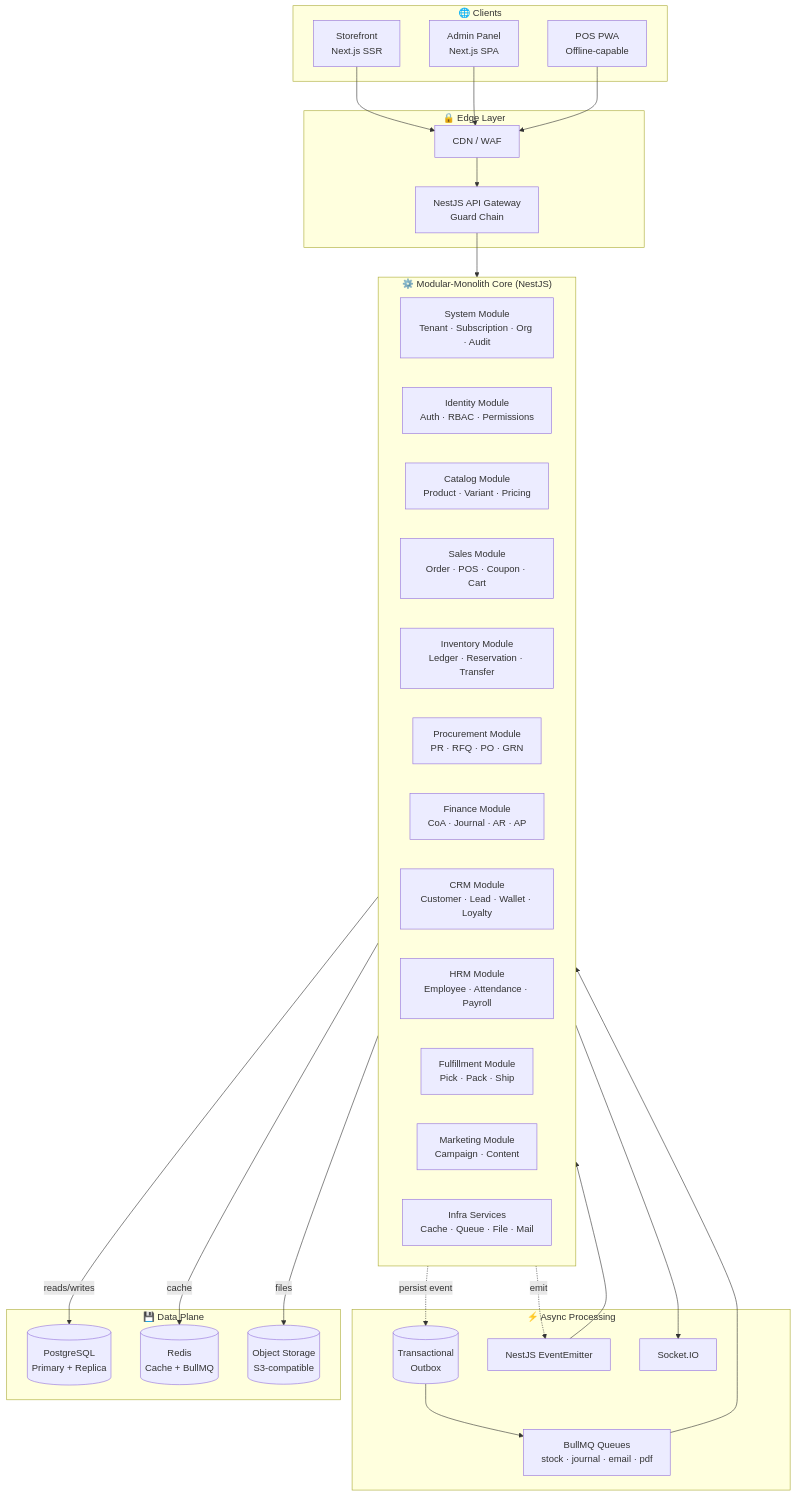
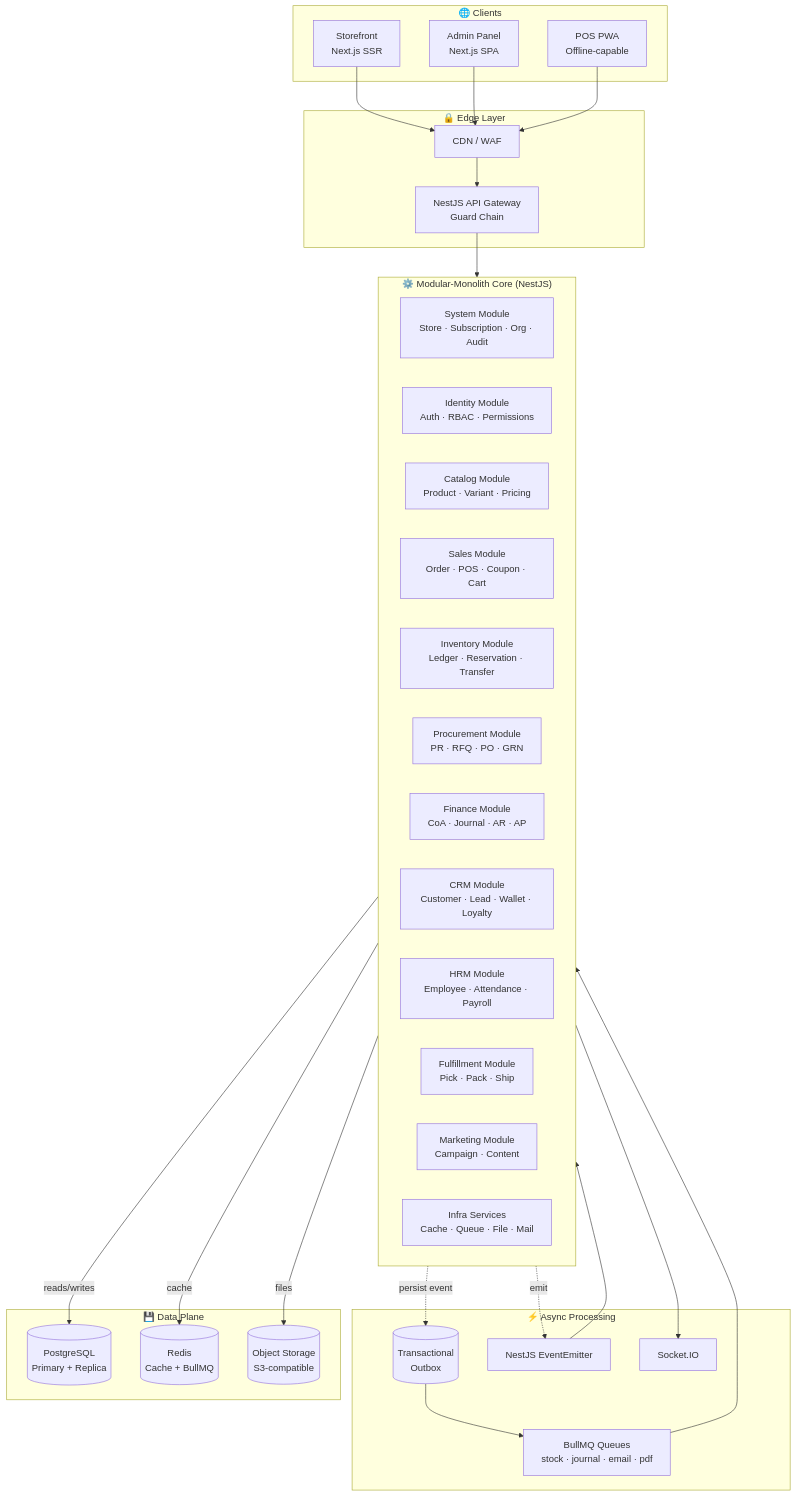
One commit to gowtamkumar/eCommerce-multi-store-saas-erp changed the first of 11 diagrams in doc/ARCHITECTURE.md. Above: the diagram before and after it, drawn with Mermaid. The commit also changed other lines of this file and 764 other files, not shown here.

````diff
--- a/doc/ARCHITECTURE.md
+++ b/doc/ARCHITECTURE.md
@@ -107,68 +107,68 @@
 ```mermaid
 flowchart TB
     subgraph Clients["🌐 Clients"]
         Storefront["Storefront<br/>Next.js SSR"]
         AdminPanel["Admin Panel<br/>Next.js SPA"]
         POS["POS PWA<br/>Offline-capable"]
     end
 
     subgraph Edge["🔒 Edge Layer"]
         CDN["CDN / WAF"]
         APIGateway["NestJS API Gateway<br/>Guard Chain"]
     end
 
     subgraph Core["⚙️ Modular-Monolith Core (NestJS)"]
-        SystemMod["System Module<br/>Tenant · Subscription · Org · Audit"]
+        SystemMod["System Module<br/>Store · Subscription · Org · Audit"]
         IdentityMod["Identity Module<br/>Auth · RBAC · Permissions"]
         CatalogMod["Catalog Module<br/>Product · Variant · Pricing"]
         SalesMod["Sales Module<br/>Order · POS · Coupon · Cart"]
         InventoryMod["Inventory Module<br/>Ledger · Reservation · Transfer"]
         ProcurementMod["Procurement Module<br/>PR · RFQ · PO · GRN"]
         FinanceMod["Finance Module<br/>CoA · Journal · AR · AP"]
         CRMMod["CRM Module<br/>Customer · Lead · Wallet · Loyalty"]
         HRMMod["HRM Module<br/>Employee · Attendance · Payroll"]
         FulfillmentMod["Fulfillment Module<br/>Pick · Pack · Ship"]
         MarketingMod["Marketing Module<br/>Campaign · Content"]
         InfraMod["Infra Services<br/>Cache · Queue · File · Mail"]
     end
 
     subgraph Async["⚡ Async Processing"]
         Outbox[("Transactional<br/>Outbox")]
         Queue["BullMQ Queues<br/>stock · journal · email · pdf"]
         EventEmitter["NestJS EventEmitter"]
         WebSocket["Socket.IO"]
     end
 
     subgraph Data["💾 Data Plane"]
         PostgreSQL[("PostgreSQL<br/>Primary + Replica")]
         Redis[("Redis<br/>Cache + BullMQ")]
         ObjectStorage[("Object Storage<br/>S3-compatible")]
     end
 
     %% Client connections
     Storefront --> CDN
     AdminPanel --> CDN
     POS --> CDN
     CDN --> APIGateway
     APIGateway --> Core
 
     %% Core to Data
     Core -->|"reads/writes"| PostgreSQL
     Core -->|"cache"| Redis
     Core -->|"files"| ObjectStorage
 
     %% Async flow
     Core -.->|"emit"| EventEmitter
     Core -.->|"persist event"| Outbox
     Outbox --> Queue
     Queue --> Core
     EventEmitter --> Core
     Core --> WebSocket
 
     %% Styling
     classDef client fill:#3b82f6,stroke:#1d4ed8,color:#fff
     classDef edge fill:#8b5cf6,stroke:#6d28d9,color:#fff
     classDef core fill:#10b981,stroke:#059669,color:#fff
     classDef async fill:#f59e0b,stroke:#d97706,color:#fff
     classDef data fill:#ef4444,stroke:#dc2626,color:#fff
 ```
````
